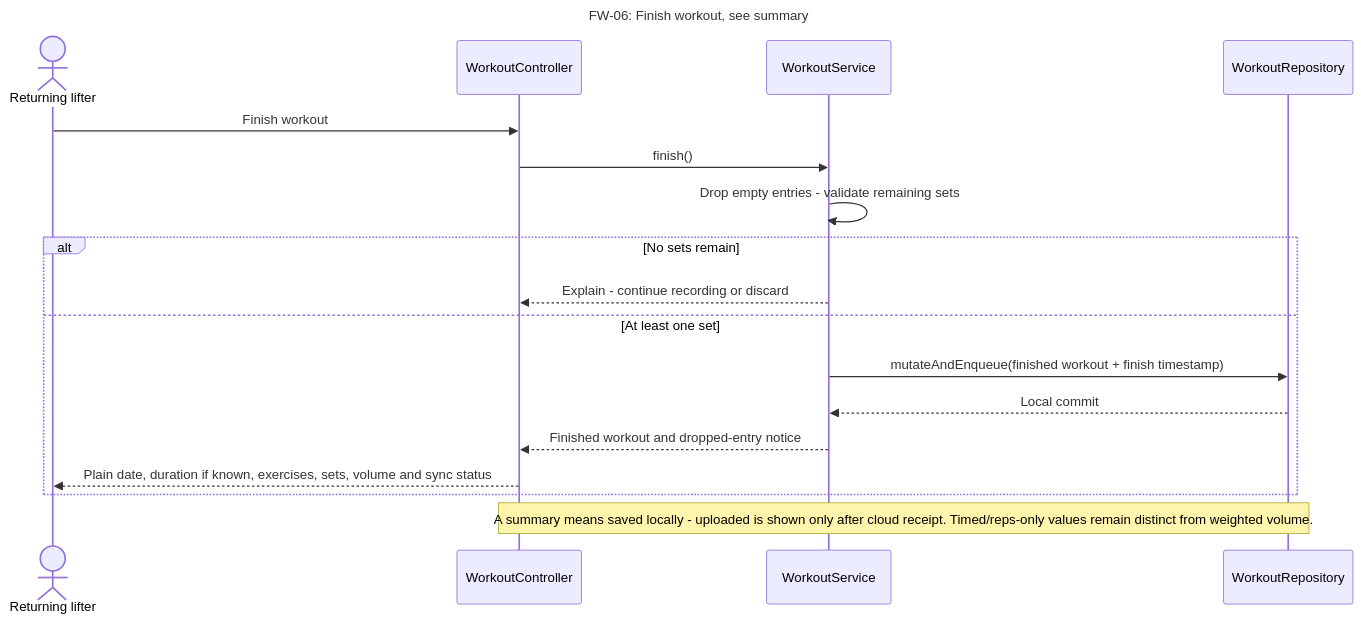
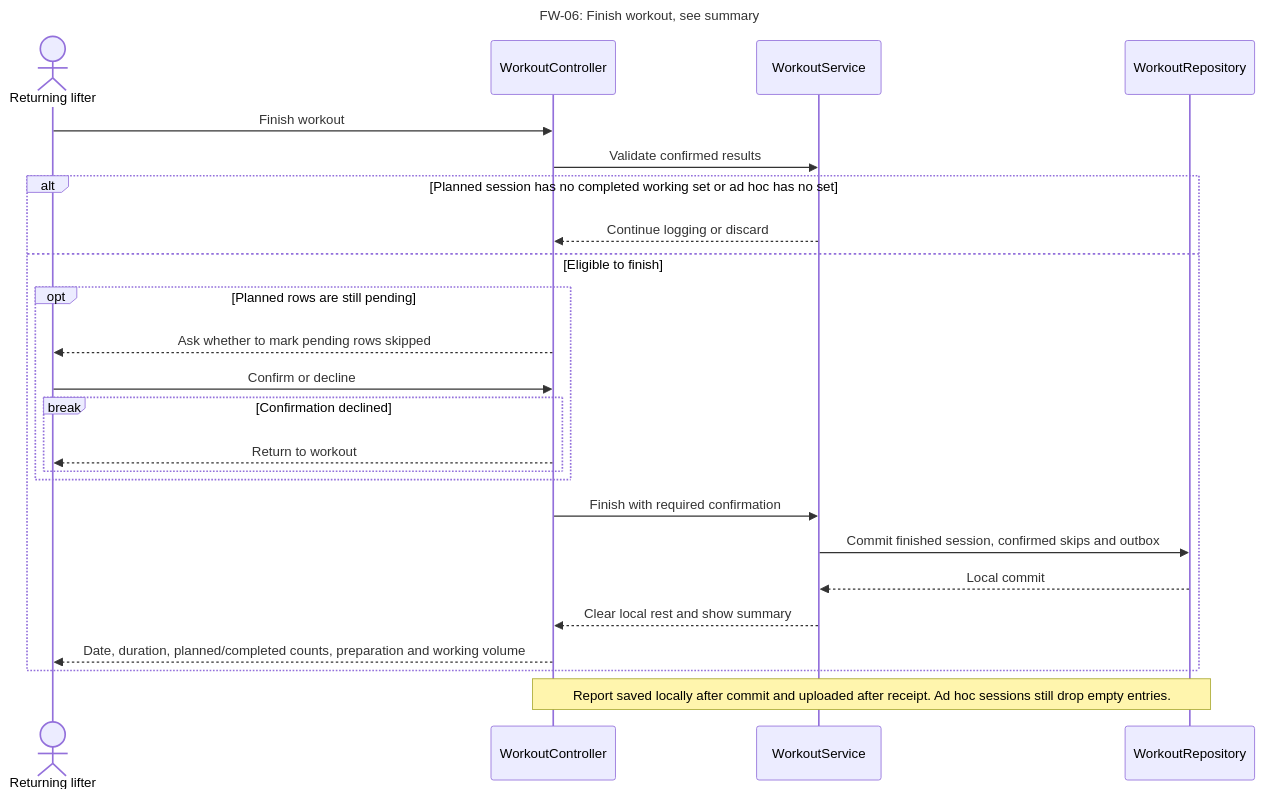
Diagram 18 of 50 in docs/part2/design/README.md (SebasLopez2005/SWEProject1), drawn with Mermaid before and after one commit. The commit also changed other lines of this file and 47 other files, not shown here.

First line of the commit message:
Commit the planned-training design baseline used as One Shot 1 input

````diff
--- a/docs/part2/design/README.md
+++ b/docs/part2/design/README.md
@@ -1114,20 +1430,27 @@
 ```mermaid
 sequenceDiagram
     title FW-06: Finish workout, see summary
     actor U as Returning lifter
     participant C as WorkoutController
     participant S as WorkoutService
     participant R as WorkoutRepository
     U->>C: Finish workout
-    C->>S: finish()
-    S->>S: Drop empty entries -  validate remaining sets
-    alt No sets remain
-     S-->>C: Explain -  continue recording or discard
-    else At least one set
-     S->>R: mutateAndEnqueue(finished workout + finish timestamp)
-     R-->>S: Local commit
-     S-->>C: Finished workout and dropped-entry notice
-     C-->>U: Plain date, duration if known, exercises, sets, volume and sync status
+    C->>S: Validate confirmed results
+    alt Planned session has no completed working set or ad hoc has no set
+        S-->>C: Continue logging or discard
+    else Eligible to finish
+        opt Planned rows are still pending
+            C-->>U: Ask whether to mark pending rows skipped
+            U->>C: Confirm or decline
+            break Confirmation declined
+                C-->>U: Return to workout
+            end
+        end
+        C->>S: Finish with required confirmation
+        S->>R: Commit finished session, confirmed skips and outbox
+        R-->>S: Local commit
+        S-->>C: Clear local rest and show summary
+        C-->>U: Date, duration, planned/completed counts, preparation and working volume
     end
-    Note over C,R: A summary means saved locally -  uploaded is shown only after cloud receipt. Timed/reps-only values remain distinct from weighted volume.
+    Note over C,R: Report saved locally after commit and uploaded after receipt. Ad hoc sessions still drop empty entries.
 ```
````
